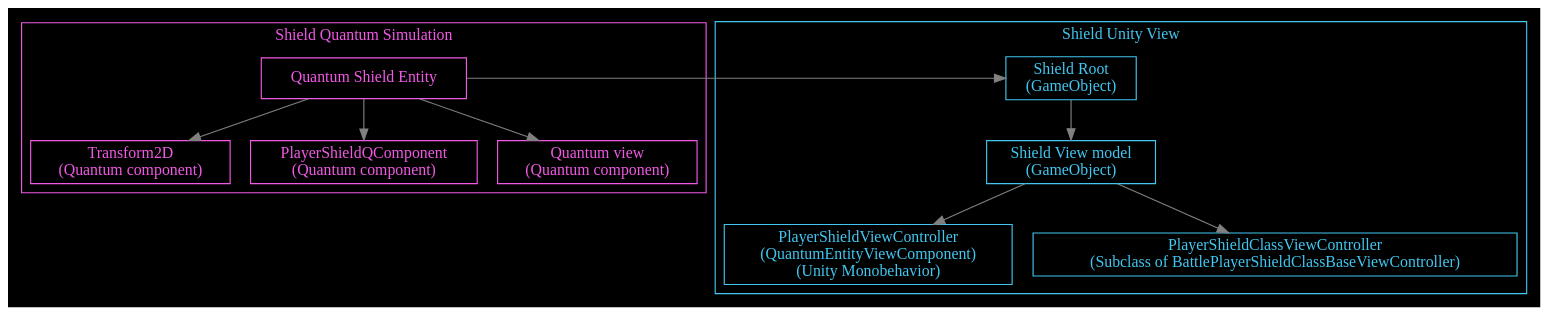
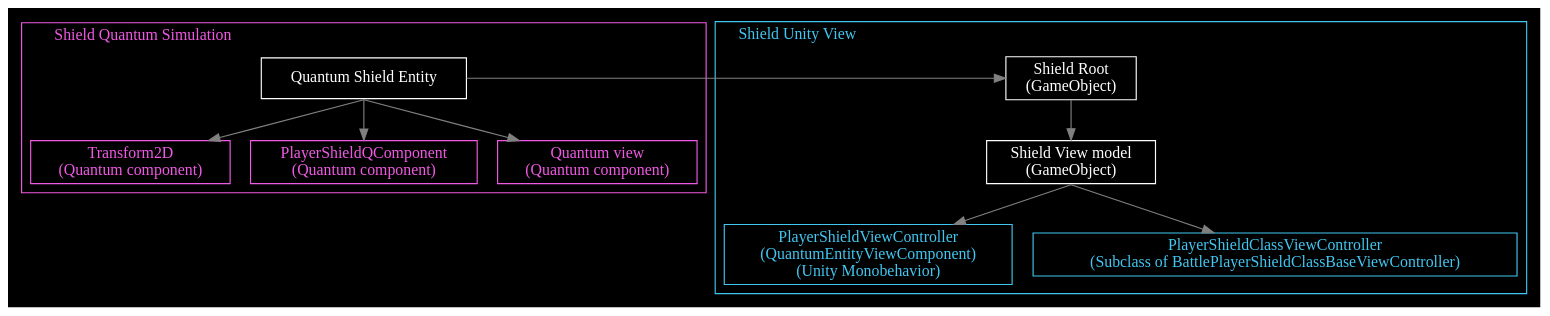
Before and after one commit to Alt-Org/Altzone: the seventh of 9 diagrams in Doc/Doxygen/Battle/additional-documentation/pages/1-concepts-player-.md, drawn with Graphviz. The commit also changed other lines of this file and 9 other files, not shown here.

````diff
--- a/Doc/Doxygen/Battle/additional-documentation/pages/1-concepts-player-.md
+++ b/Doc/Doxygen/Battle/additional-documentation/pages/1-concepts-player-.md
@@ -339,43 +347,46 @@
 ```dot
 digraph PlayerShieldEntity{
   color=white;
   fontcolor=white;
   bgcolor=black;
+  splines=polyline;
 
   edge [color=gray];
 
   subgraph cluster_quantum_shield{
     color="#F159E4";
     fontcolor="#F159E4";
     label = "Shield Quantum Simulation";
+    labeljust="l"
 
     node [shape=box, style=filled, color="#F159E4", fontcolor="#F159E4", fillcolor=black];
 
-    ShieldEntity             [label="Quantum Shield Entity"];
+    ShieldEntity             [label="Quantum Shield Entity", color=white, fontcolor=white];
 
     ShieldTransform2D     [label="Transform2D\n(Quantum component)"];
     ShieldData            [label="PlayerShieldQComponent\n(Quantum component)"];
     ShieldView            [label="Quantum view\n(Quantum component)"];
 
-    ShieldEntity -> ShieldTransform2D, ShieldData, ShieldView
+    ShieldEntity:s -> ShieldTransform2D, ShieldData, ShieldView
   }
 
   subgraph cluster_unity_shield{
     color="#41C7F1";
     fontcolor="#41C7F1";
     label = "Shield Unity View";
+    labeljust="l"
 
     node [shape=box, style=filled, color="#41C7F1", fontcolor="#41C7F1", fillcolor=black];
 
-    ShieldRootGameObject                  [label="Shield Root\n(GameObject)"];
+    ShieldRootGameObject                  [label="Shield Root\n(GameObject)", color=white, fontcolor=white];
 
-    ShieldViewModel                          [label="Shield View model\n(GameObject)"];
+    ShieldViewModel                          [label="Shield View model\n(GameObject)", color=white, fontcolor=white];
     PlayerShieldViewController               [label="PlayerShieldViewController\n(QuantumEntityViewComponent)\n(Unity Monobehavior)"];
     PlayerShieldClassViewController          [label="PlayerShieldClassViewController\n(Subclass of BattlePlayerShieldClassBaseViewController)"];
 
     ShieldRootGameObject -> ShieldViewModel;
-    ShieldViewModel -> PlayerShieldViewController, PlayerShieldClassViewController
+    ShieldViewModel:s -> PlayerShieldViewController, PlayerShieldClassViewController
   }
   ShieldEntity -> ShieldRootGameObject [constraint = false];
 }
 ```
````
